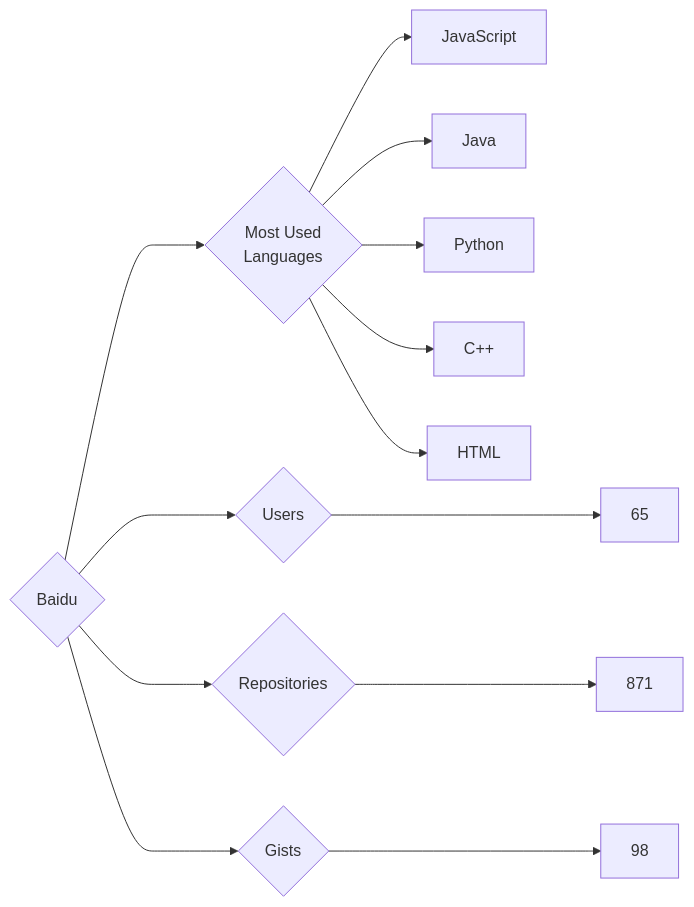
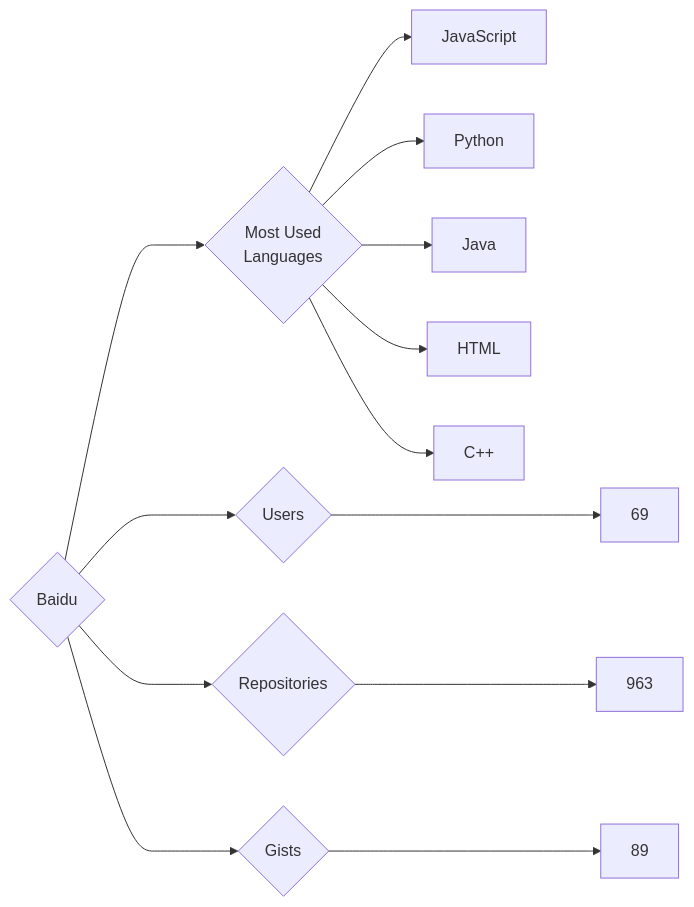
Before and after one commit to trickest/insiders: the diagram in targets/Baidu/README.md, drawn with Mermaid. The commit also changed 693 other files, not shown here.

````diff
--- a/targets/Baidu/README.md
+++ b/targets/Baidu/README.md
@@ -3,13 +3,13 @@
 ```mermaid
 graph LR
 COMPANY_NAME{Baidu}
-COMPANY_NAME ---> U{Users} ---> UN[65]
-COMPANY_NAME ---> R{Repositories} ---> RN[871]
-COMPANY_NAME ---> G{Gists} ---> GN[98]
+COMPANY_NAME ---> U{Users} ---> UN[69]
+COMPANY_NAME ---> R{Repositories} ---> RN[963]
+COMPANY_NAME ---> G{Gists} ---> GN[89]
 COMPANY_NAME ---> ML{Most Used<br>Languages}
 ML --> JavaScript[JavaScript]
+ML --> Python[Python]
 ML --> Java[Java]
-ML --> Python[Python]
+ML --> HTML[HTML]
 ML --> C++[C++]
-ML --> HTML[HTML]
 ```
````
